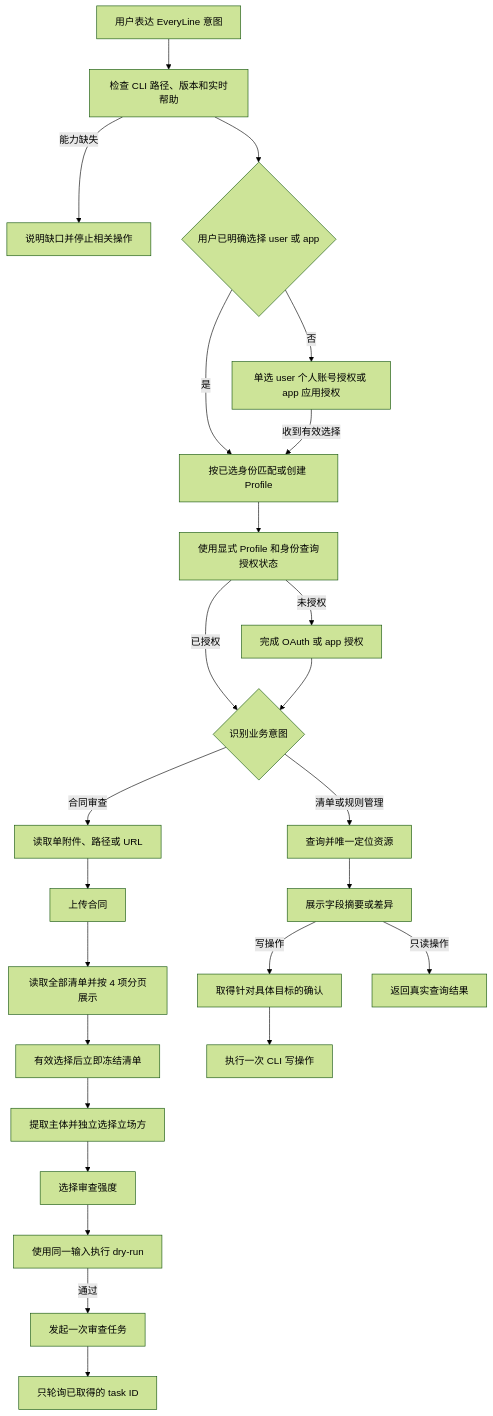
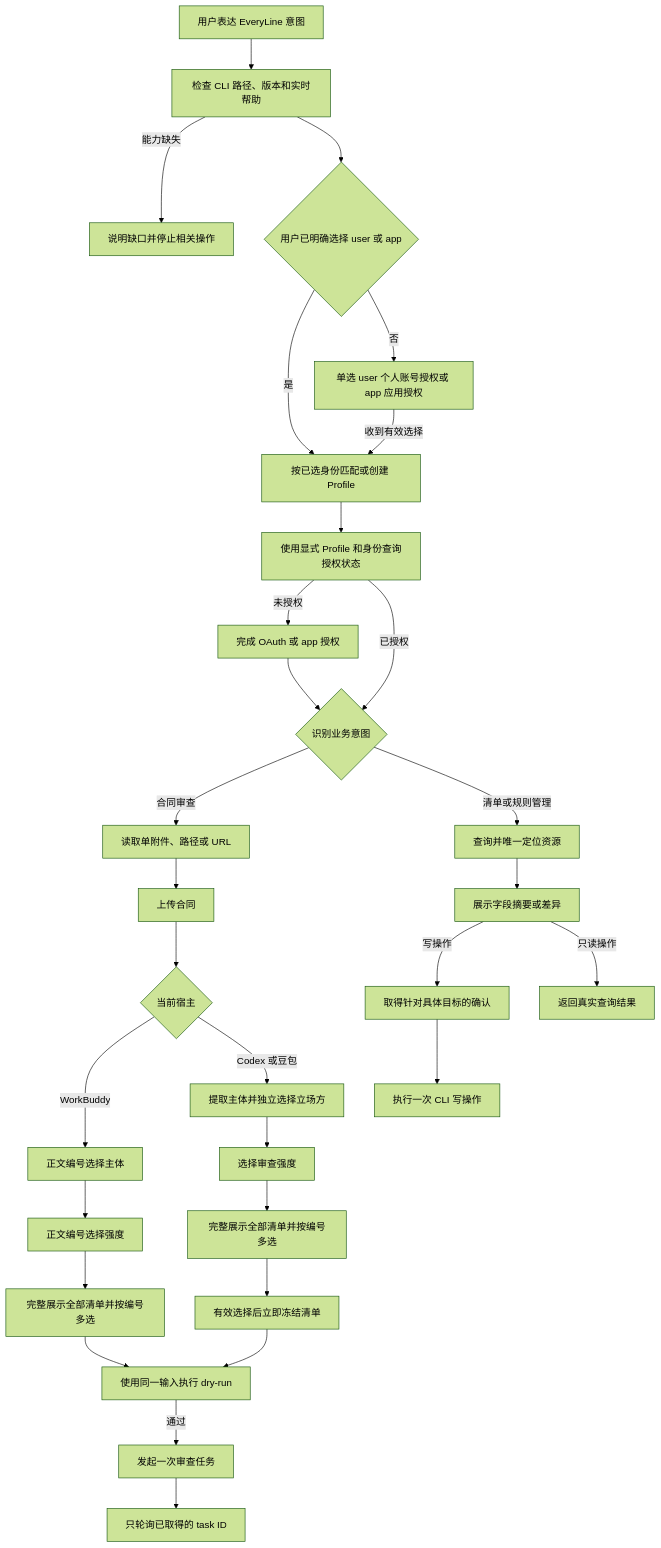
The diagram in docs/everyline-cli-skill-interaction-scenarios.md (qfeius/everyline-cli), drawn with Mermaid (forest theme) before and after one commit. The commit also changed other lines of this file and 9 other files, not shown here.

````diff
--- a/docs/everyline-cli-skill-interaction-scenarios.md
+++ b/docs/everyline-cli-skill-interaction-scenarios.md
@@ -15,27 +15,32 @@
 ```mermaid
 flowchart TD
     A[用户表达 EveryLine 意图] --> B[检查 CLI 路径、版本和实时帮助]
     B -->|能力缺失| Z[说明缺口并停止相关操作]
     B --> U{用户已明确选择 user 或 app}
     U -->|是| C[按已选身份匹配或创建 Profile]
     U -->|否| V[单选 user 个人账号授权或 app 应用授权]
     V -->|收到有效选择| C
     C --> D[使用显式 Profile 和身份查询授权状态]
     D -->|未授权| E[完成 OAuth 或 app 授权]
     D -->|已授权| F{识别业务意图}
     E --> F
     F -->|合同审查| G[读取单附件、路径或 URL]
     G --> H[上传合同]
-    H --> I[读取全部清单并按 4 项分页展示]
+    H --> W{当前宿主}
+    W -->|WorkBuddy| W1[正文编号选择主体]
+    W1 --> W2[正文编号选择强度]
+    W2 --> W3[完整展示全部清单并按编号多选]
+    W3 --> M
+    W -->|Codex 或豆包| K[提取主体并独立选择立场方]
+    K --> L[选择审查强度]
+    L --> I[完整展示全部清单并按编号多选]
     I --> J[有效选择后立即冻结清单]
-    J --> K[提取主体并独立选择立场方]
-    K --> L[选择审查强度]
-    L --> M[使用同一输入执行 dry-run]
+    J --> M[使用同一输入执行 dry-run]
     M -->|通过| N[发起一次审查任务]
     N --> O[只轮询已取得的 task ID]
     F -->|清单或规则管理| P[查询并唯一定位资源]
     P --> Q[展示字段摘要或差异]
     Q -->|写操作| R[取得针对具体目标的确认]
     R --> S[执行一次 CLI 写操作]
     Q -->|只读操作| T[返回真实查询结果]
 ```
````
